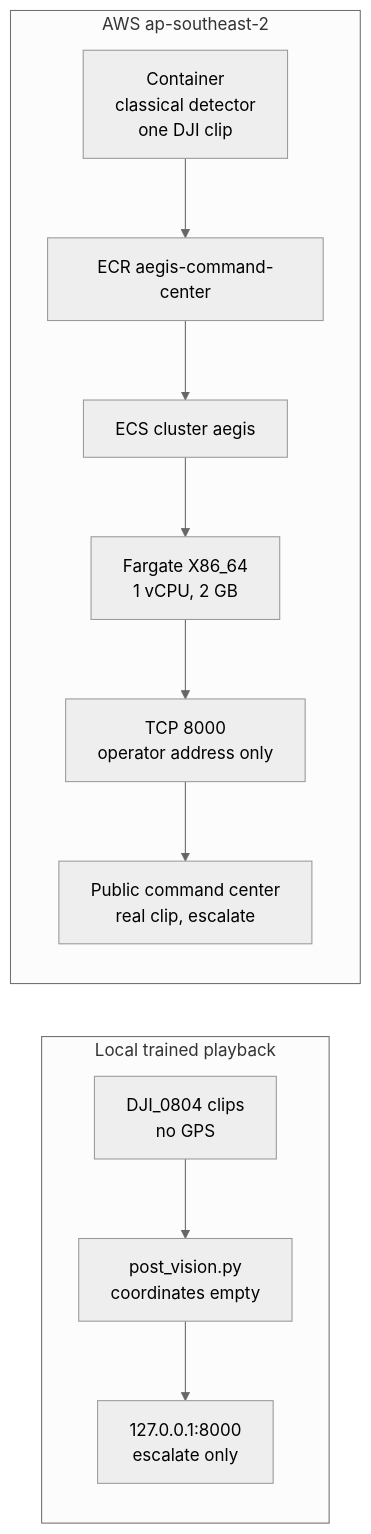
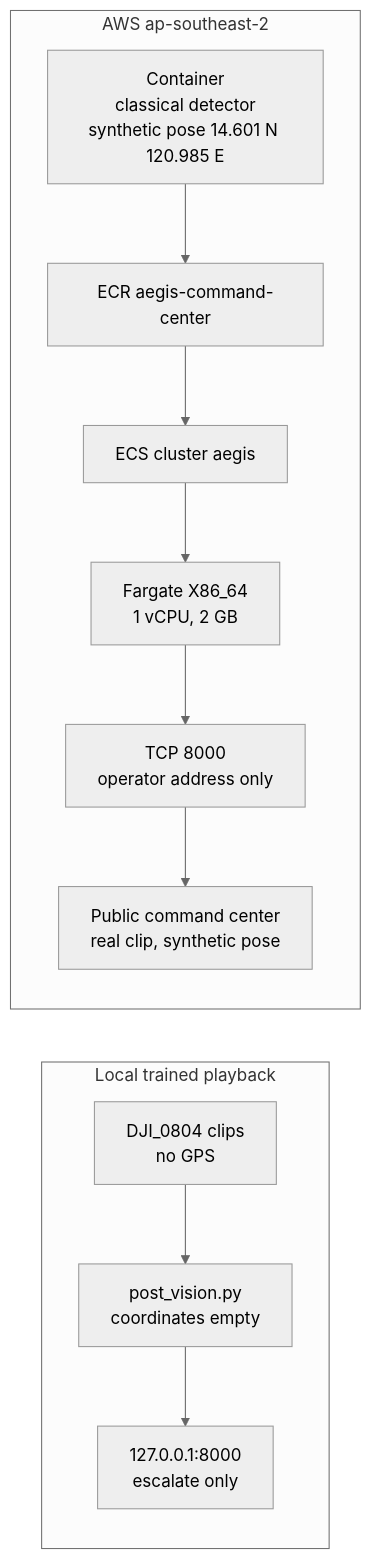
Before and after one commit to mtthwaqn/aegis: the fourth of 4 diagrams in docs/architecture.md, drawn with Mermaid (neutral theme). The commit also changed other lines of this file and 7 other files, not shown here.

Commit message:
Attach a labeled synthetic pose so the live clip can reroute.

````diff
--- a/docs/architecture.md
+++ b/docs/architecture.md
@@ -117,20 +117,20 @@
 ```mermaid
 flowchart LR
   subgraph local [Local trained playback]
     dji[DJI_0804 clips<br/>no GPS]
     post[post_vision.py<br/>coordinates empty]
     localHud[127.0.0.1:8000<br/>escalate only]
   end
 
   subgraph aws [AWS ap-southeast-2]
-    image[Container<br/>classical detector<br/>one DJI clip]
+    image[Container<br/>classical detector<br/>synthetic pose 14.601 N 120.985 E]
     ecr[ECR aegis-command-center]
     cluster[ECS cluster aegis]
     fargate[Fargate X86_64<br/>1 vCPU, 2 GB]
     guard[TCP 8000<br/>operator address only]
-    site[Public command center<br/>real clip, escalate]
+    site[Public command center<br/>real clip, synthetic pose]
   end
 
   dji --> post --> localHud
   image --> ecr --> cluster --> fargate --> guard --> site
 ```
````
